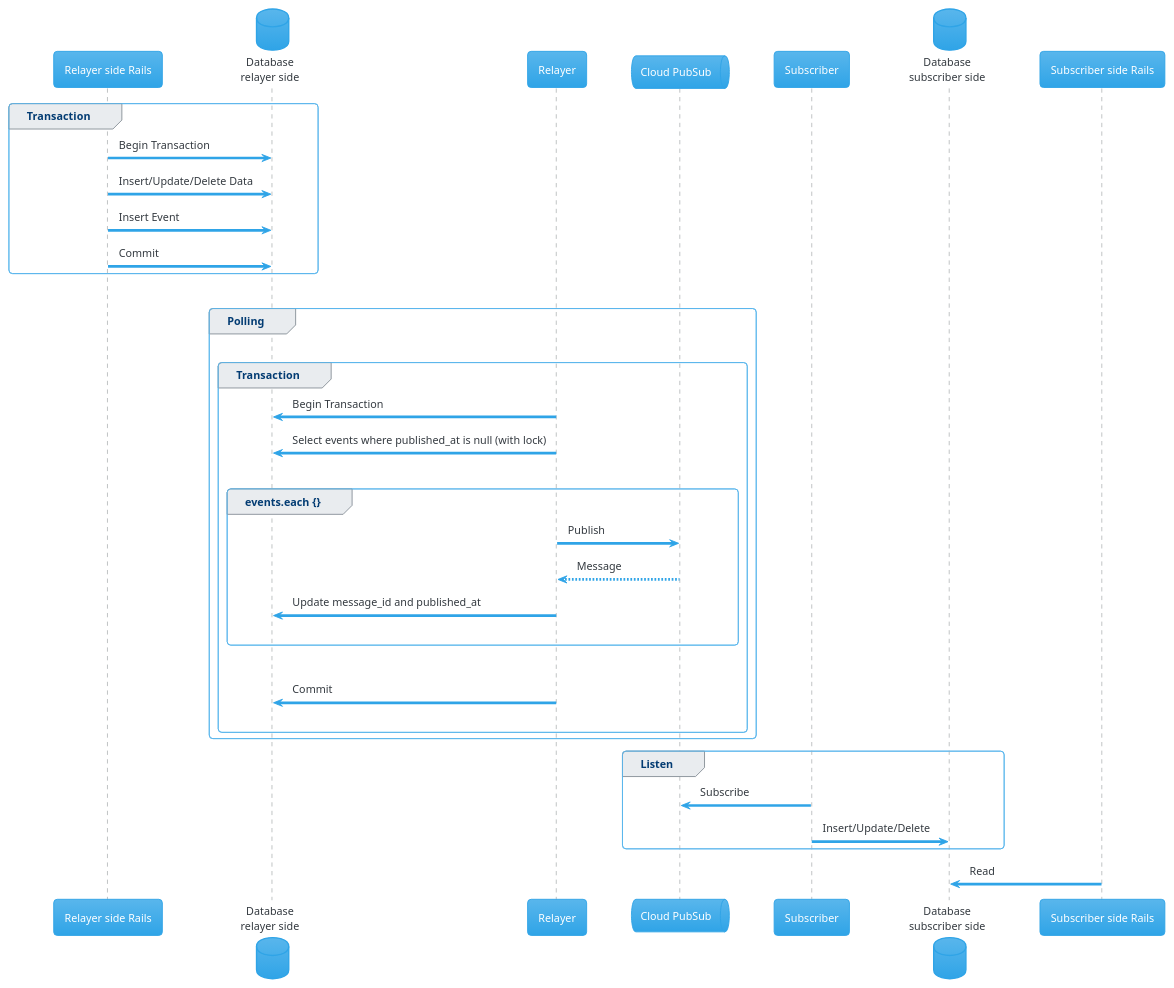
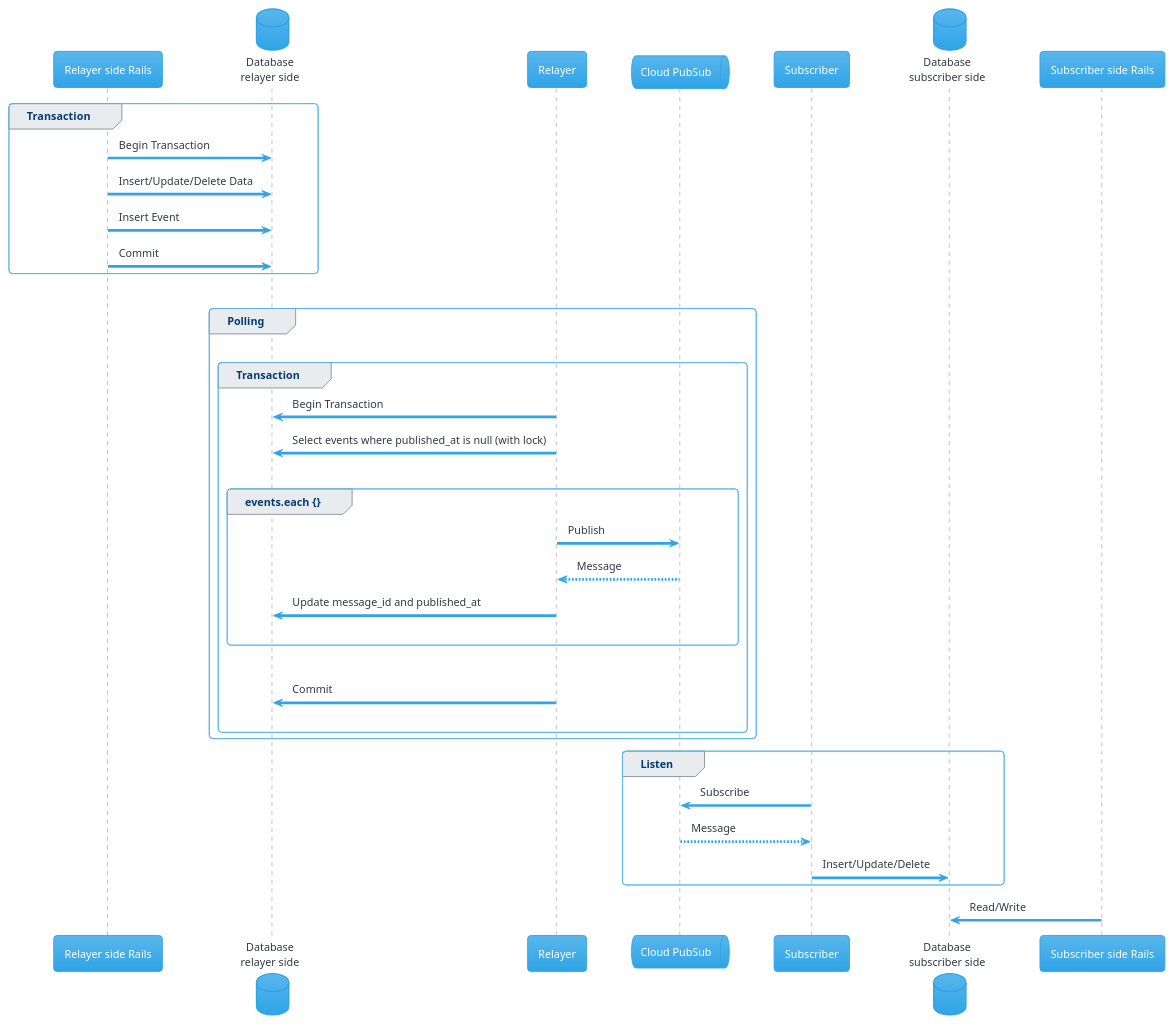
One commit to sarub0b0/trabox changed the diagram in docs/images/sequence-diagram.pu. Above: the diagram before and after it, drawn with PlantUML. The commit also changed 1 other file, not shown here.

Commit message:
docs: sequence-diagram修正

```diff
--- a/docs/images/sequence-diagram.pu
+++ b/docs/images/sequence-diagram.pu
@@ -1,49 +1,50 @@
 @startuml
 !theme cerulean
 
 
 participant "Relayer side Rails" as RApp order 10
 database "Database\nrelayer side" as RDB order 10
 participant Relayer as Relayer order 20
 queue "Cloud PubSub" as Queue order 30
 participant Subscriber as Subscriber order 40
 database "Database\nsubscriber side" as SDB order 50
 participant "Subscriber side Rails" as SApp order 60
 
 group Transaction
     RApp -> RDB: Begin Transaction
     RApp -> RDB: Insert/Update/Delete Data
     RApp -> RDB: Insert Event
     RApp -> RDB: Commit
 end
 |||
 group Polling
 |||
     group Transaction
         Relayer -> RDB: Begin Transaction
         Relayer -> RDB: Select events where published_at is null (with lock)
 |||
         group events.each {}
             Relayer -> Queue: Publish
             return Message
 
             Relayer -> RDB: Update message_id and published_at
 |||
         end
 
 |||
         Relayer -> RDB: Commit
 |||
     end
 
 end
 
 group Listen
     Subscriber -> Queue: Subscribe
+    return Message
 
     Subscriber -> SDB: Insert/Update/Delete
 end
 
-SApp -> SDB: Read
+SApp -> SDB: Read/Write
 
 @enduml
```
